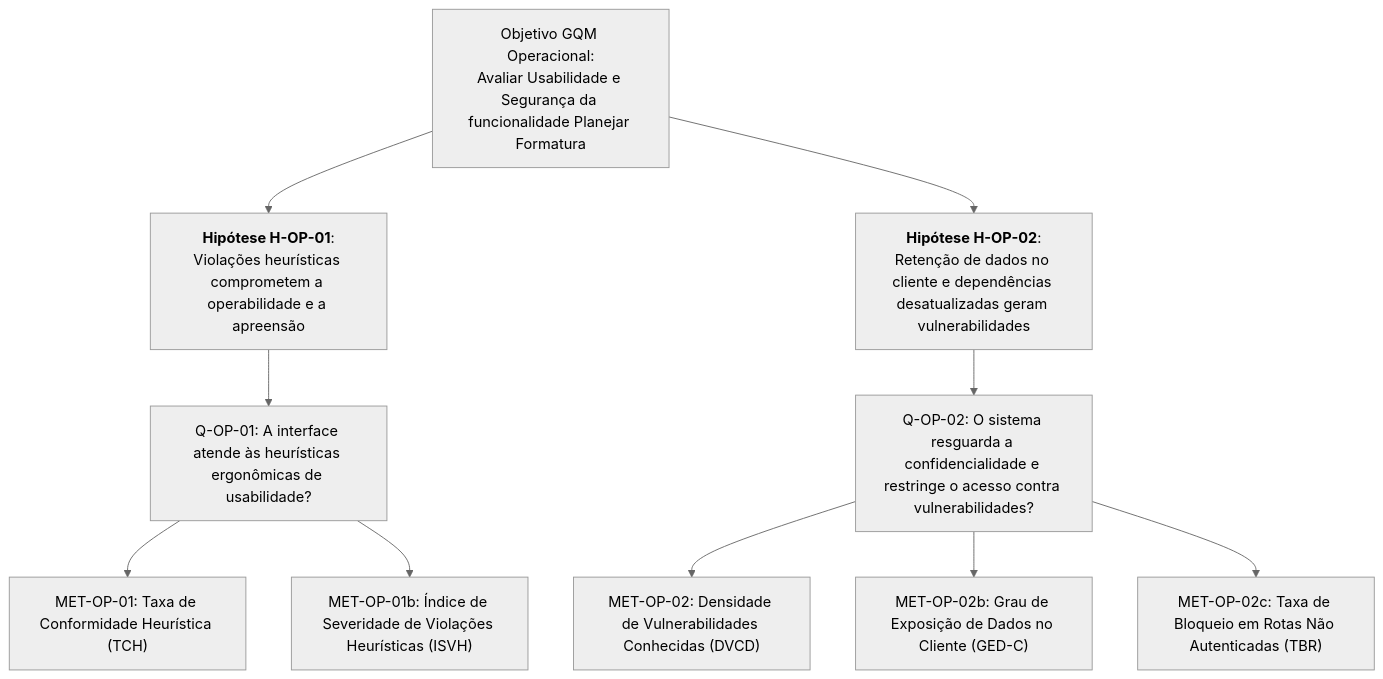
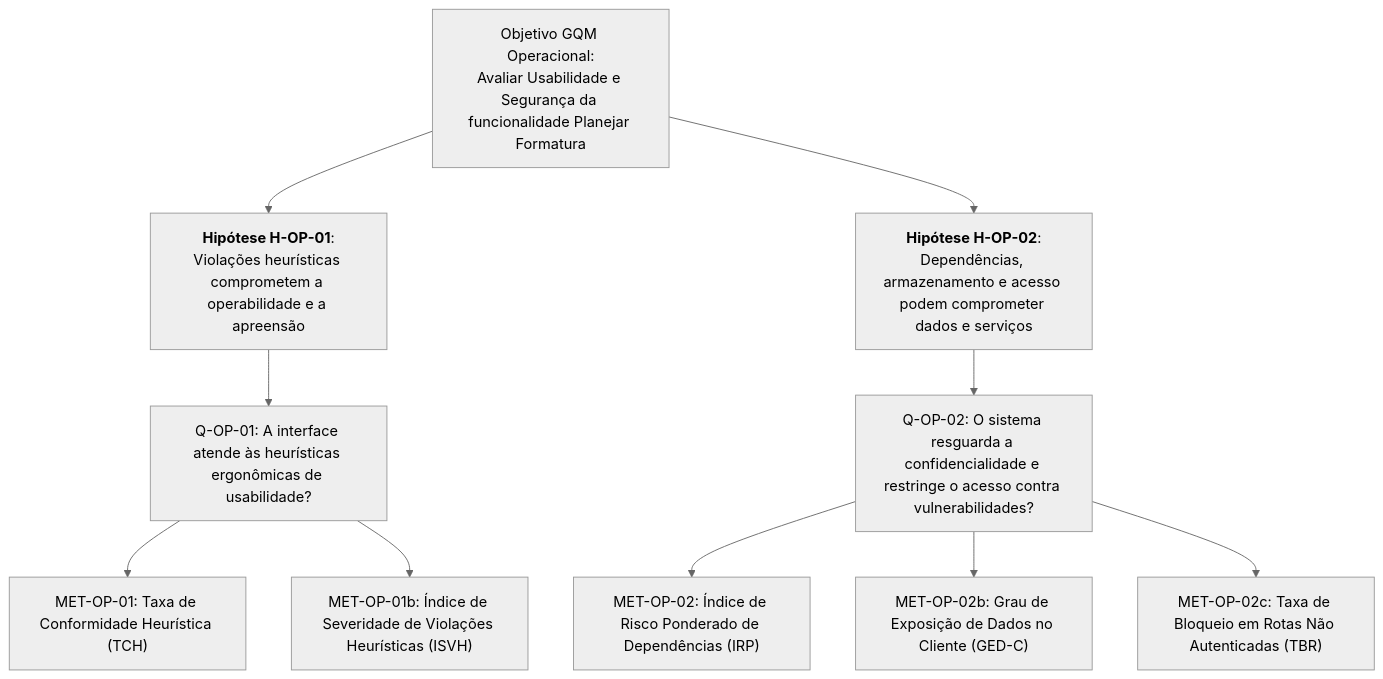
Before and after one commit to FCTE-Qualidade-de-Software-1/2026-2_T02_JEAN_SAMMET: the diagram in docs/fases/fase2/metricasOperacionais.md, drawn with Mermaid (neutral theme). The commit also changed other lines of this file and 15 other files, not shown here.

````diff
--- a/docs/fases/fase2/metricasOperacionais.md
+++ b/docs/fases/fase2/metricasOperacionais.md
@@ -23,17 +23,17 @@
 ```mermaid
 graph TD
     Goal["Objetivo GQM Operacional:<br/>Avaliar Usabilidade e Segurança da funcionalidade Planejar Formatura"]
     
     Goal --> H1["<b>Hipótese H-OP-01</b>:<br/>Violações heurísticas comprometem a operabilidade e a apreensão"]
-    Goal --> H2["<b>Hipótese H-OP-02</b>:<br/>Retenção de dados no cliente e dependências desatualizadas geram vulnerabilidades"]
+    Goal --> H2["<b>Hipótese H-OP-02</b>:<br/>Dependências, armazenamento e acesso podem comprometer dados e serviços"]
     
     H1 --> Q1["Q-OP-01: A interface atende às heurísticas ergonômicas de usabilidade?"]
     H2 --> Q2["Q-OP-02: O sistema resguarda a confidencialidade e restringe o acesso contra vulnerabilidades?"]
     
     Q1 --> M1["MET-OP-01: Taxa de Conformidade Heurística (TCH)"]
     Q1 --> M1b["MET-OP-01b: Índice de Severidade de Violações Heurísticas (ISVH)"]
     
-    Q2 --> M2["MET-OP-02: Densidade de Vulnerabilidades Conhecidas (DVCD)"]
+    Q2 --> M2["MET-OP-02: Índice de Risco Ponderado de Dependências (IRP)"]
     Q2 --> M2b["MET-OP-02b: Grau de Exposição de Dados no Cliente (GED-C)"]
     Q2 --> M2c["MET-OP-02c: Taxa de Bloqueio em Rotas Não Autenticadas (TBR)"]
 ```
````
